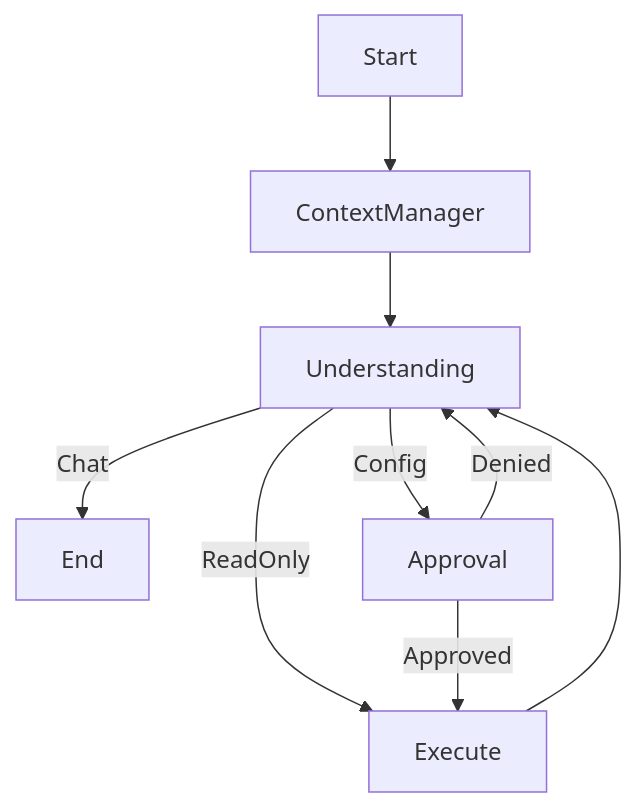
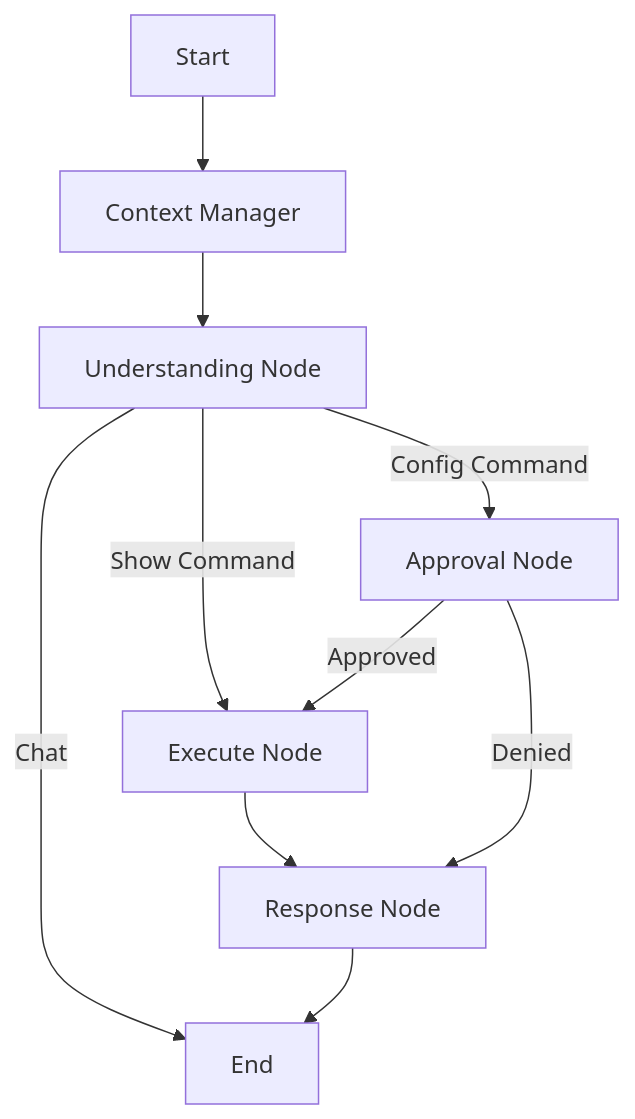
One commit to sydasif/network-automation-agent changed the diagram in README.md. Above: the diagram before and after it, drawn with Mermaid. The commit also changed other lines of this file and 1 other file, not shown here.

Commit message:
feat(changelog): Update changelog for version 2.1.0 with major architecture shift to linear pipeline and enhancements

````diff
--- a/README.md
+++ b/README.md
@@ -18,11 +18,15 @@
 ```mermaid
 graph TD
-    Start --> ContextManager
-    ContextManager --> Understanding
-    Understanding -->|Chat| End
-    Understanding -->|ReadOnly| Execute
-    Understanding -->|Config| Approval
+    Start --> Context[Context Manager]
+    Context --> Understand[Understanding Node]
+
+    Understand -->|Chat| End
+    Understand -->|Show Command| Execute[Execute Node]
+    Understand -->|Config Command| Approval[Approval Node]
+
     Approval -->|Approved| Execute
-    Approval -->|Denied| Understanding
-    Execute --> Understanding
+    Approval -->|Denied| Response[Response Node]
+
+    Execute --> Response
+    Response --> End
 ```
````
